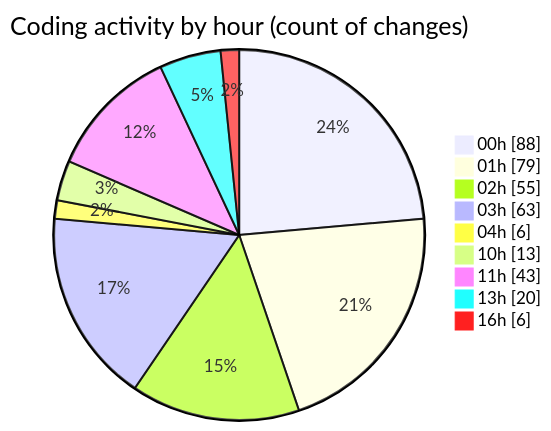
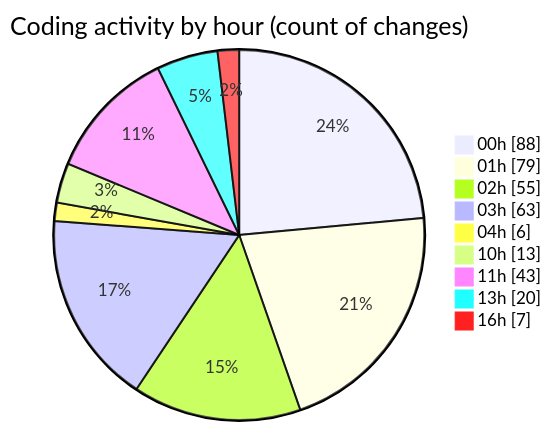
Before and after one commit to lephambinh05/code-tracking: the second of 2 diagrams in 2025-08-16/rentotp/README.md, drawn with Mermaid. The commit also changed other lines of this file and 1 other file, not shown here.

````diff
--- a/2025-08-16/rentotp/README.md
+++ b/2025-08-16/rentotp/README.md
@@ -89,13 +89,13 @@
 ```mermaid
 pie showData
 title Coding activity by hour (count of changes)
 "00h" : 88
 "01h" : 79
 "02h" : 55
 "03h" : 63
 "04h" : 6
 "10h" : 13
 "11h" : 43
 "13h" : 20
-"16h" : 6
+"16h" : 7
 ```
````
